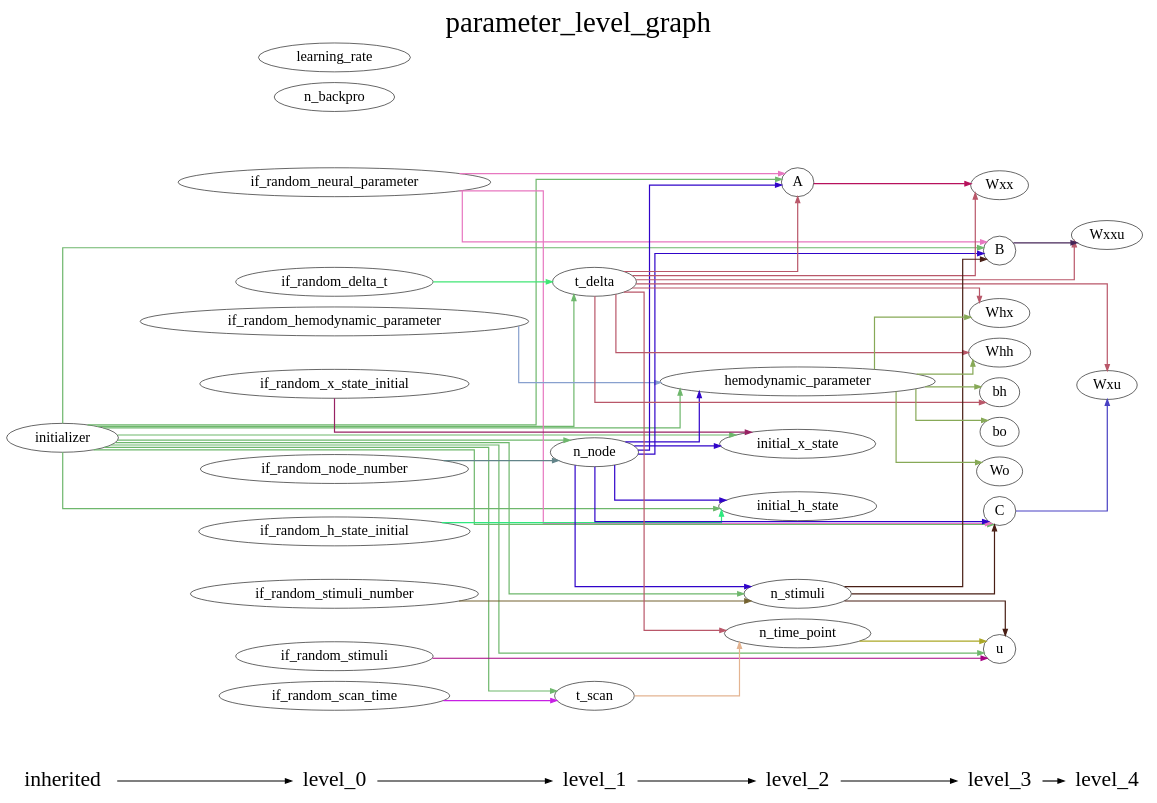
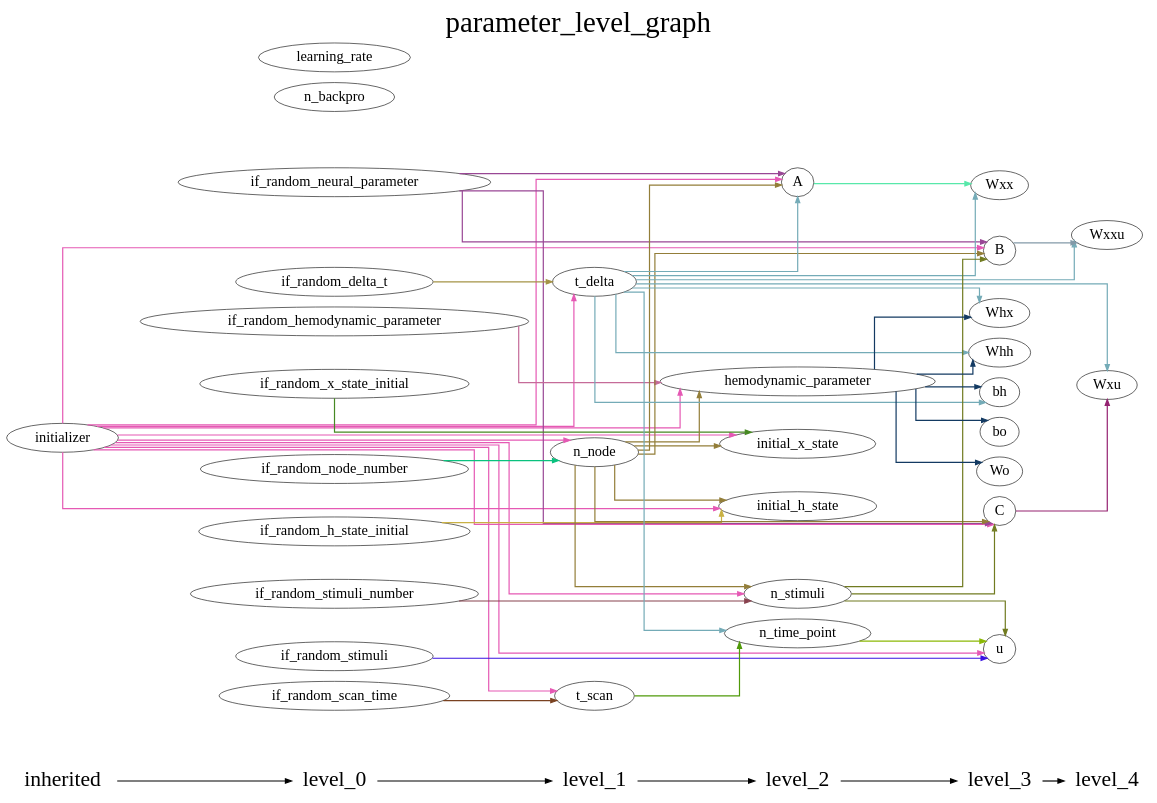
Before and after one commit to YuanWangOnward/DCM_RNN: the diagram in DCM_RNN/documents/parameter_level_graph.gv, drawn with Graphviz. The commit also changed 3 other files, not shown here.

```diff
--- a/DCM_RNN/documents/parameter_level_graph.gv
+++ b/DCM_RNN/documents/parameter_level_graph.gv
@@ -1,118 +1,118 @@
 digraph G {
           splines=ortho;
           fontsize = 48;
           rankdir = "LR";
           node[fontsize=24];
           edge[penwidth=2];
           {
           node [shape=plaintext fontsize=36];
           inherited -> 
           level_0 -> 
           level_1 -> 
           level_2 -> 
           level_3 -> 
           level_4
           }
           {rank = same;
           inherited;
           initializer;
           }
           {rank = same;
           level_0;
           if_random_neural_parameter;
           if_random_hemodynamic_parameter;
           if_random_x_state_initial;
           if_random_h_state_initial;
           if_random_stimuli;
           if_random_node_number;
           if_random_stimuli_number;
           if_random_delta_t;
           if_random_scan_time;
           n_backpro;
           learning_rate;
           }
           {rank = same;
           level_1;
           n_node;
           t_delta;
           t_scan;
           }
           {rank = same;
           level_2;
           n_time_point;
           n_stimuli;
           A;
           hemodynamic_parameter;
           initial_x_state;
           initial_h_state;
           }
           {rank = same;
           level_3;
           u;
           B;
           C;
           Wxx;
           Whx;
           Whh;
           bh;
           Wo;
           bo;
           }
           {rank = same;
           level_4;
           Wxxu;
           Wxu;
           }
-          initializer -> n_node [color="#6EB76C"];
-          initializer -> A [color="#6EB76C"];
-          initializer -> initial_x_state [color="#6EB76C"];
-          initializer -> B [color="#6EB76C"];
-          initializer -> n_stimuli [color="#6EB76C"];
-          initializer -> hemodynamic_parameter [color="#6EB76C"];
-          initializer -> C [color="#6EB76C"];
-          initializer -> t_scan [color="#6EB76C"];
-          initializer -> t_delta [color="#6EB76C"];
-          initializer -> initial_h_state [color="#6EB76C"];
-          initializer -> u [color="#6EB76C"];
-          if_random_h_state_initial -> initial_h_state [color="#2EE87E"];
-          if_random_node_number -> n_node [color="#628489"];
-          n_node -> A [color="#3004C9"];
-          n_node -> initial_x_state [color="#3004C9"];
-          n_node -> B [color="#3004C9"];
-          n_node -> n_stimuli [color="#3004C9"];
-          n_node -> hemodynamic_parameter [color="#3004C9"];
-          n_node -> C [color="#3004C9"];
-          n_node -> initial_h_state [color="#3004C9"];
-          t_scan -> n_time_point [color="#E4B491"];
-          A -> Wxx [color="#B7115C"];
-          t_delta -> Whh [color="#B95769"];
-          t_delta -> A [color="#B95769"];
-          t_delta -> Wxxu [color="#B95769"];
-          t_delta -> Whx [color="#B95769"];
-          t_delta -> bh [color="#B95769"];
-          t_delta -> n_time_point [color="#B95769"];
-          t_delta -> Wxx [color="#B95769"];
-          t_delta -> Wxu [color="#B95769"];
-          if_random_x_state_initial -> initial_x_state [color="#972263"];
-          if_random_delta_t -> t_delta [color="#41E675"];
-          if_random_scan_time -> t_scan [color="#C720E4"];
-          C -> Wxu [color="#4840C3"];
-          B -> Wxxu [color="#462658"];
-          if_random_neural_parameter -> A [color="#E777C0"];
-          if_random_neural_parameter -> B [color="#E777C0"];
-          if_random_neural_parameter -> C [color="#E777C0"];
-          if_random_hemodynamic_parameter -> hemodynamic_parameter [color="#88A0CE"];
-          if_random_stimuli_number -> n_stimuli [color="#746330"];
-          if_random_stimuli -> u [color="#A60283"];
-          n_stimuli -> B [color="#481E14"];
-          n_stimuli -> C [color="#481E14"];
-          n_stimuli -> u [color="#481E14"];
-          hemodynamic_parameter -> Whh [color="#87A957"];
-          hemodynamic_parameter -> Whx [color="#87A957"];
-          hemodynamic_parameter -> bh [color="#87A957"];
-          hemodynamic_parameter -> bo [color="#87A957"];
-          hemodynamic_parameter -> Wo [color="#87A957"];
-          n_time_point -> u [color="#ABA726"];
+          if_random_stimuli_number -> n_stimuli [color="#88424E"];
+          if_random_x_state_initial -> initial_x_state [color="#478923"];
+          t_delta -> Wxx [color="#74ABB7"];
+          t_delta -> A [color="#74ABB7"];
+          t_delta -> bh [color="#74ABB7"];
+          t_delta -> Wxxu [color="#74ABB7"];
+          t_delta -> Whh [color="#74ABB7"];
+          t_delta -> Wxu [color="#74ABB7"];
+          t_delta -> Whx [color="#74ABB7"];
+          t_delta -> n_time_point [color="#74ABB7"];
+          if_random_h_state_initial -> initial_h_state [color="#C9B144"];
+          if_random_hemodynamic_parameter -> hemodynamic_parameter [color="#C56B99"];
+          if_random_stimuli -> u [color="#3912E2"];
+          n_stimuli -> B [color="#717B21"];
+          n_stimuli -> u [color="#717B21"];
+          n_stimuli -> C [color="#717B21"];
+          if_random_neural_parameter -> A [color="#994795"];
+          if_random_neural_parameter -> B [color="#994795"];
+          if_random_neural_parameter -> C [color="#994795"];
+          t_scan -> n_time_point [color="#509A0A"];
+          B -> Wxxu [color="#839AA8"];
+          n_node -> initial_x_state [color="#937E39"];
+          n_node -> A [color="#937E39"];
+          n_node -> hemodynamic_parameter [color="#937E39"];
+          n_node -> n_stimuli [color="#937E39"];
+          n_node -> initial_h_state [color="#937E39"];
+          n_node -> B [color="#937E39"];
+          n_node -> C [color="#937E39"];
+          if_random_delta_t -> t_delta [color="#A49346"];
+          initializer -> initial_x_state [color="#E559B4"];
+          initializer -> A [color="#E559B4"];
+          initializer -> t_delta [color="#E559B4"];
+          initializer -> hemodynamic_parameter [color="#E559B4"];
+          initializer -> n_stimuli [color="#E559B4"];
+          initializer -> initial_h_state [color="#E559B4"];
+          initializer -> n_node [color="#E559B4"];
+          initializer -> B [color="#E559B4"];
+          initializer -> u [color="#E559B4"];
+          initializer -> t_scan [color="#E559B4"];
+          initializer -> C [color="#E559B4"];
+          if_random_scan_time -> t_scan [color="#7A4221"];
+          hemodynamic_parameter -> Wo [color="#133A62"];
+          hemodynamic_parameter -> bh [color="#133A62"];
+          hemodynamic_parameter -> bo [color="#133A62"];
+          hemodynamic_parameter -> Whh [color="#133A62"];
+          hemodynamic_parameter -> Whx [color="#133A62"];
+          A -> Wxx [color="#58E8AA"];
+          C -> Wxu [color="#952271"];
+          if_random_node_number -> n_node [color="#09C17E"];
+          n_time_point -> u [color="#8BB806"];
           labelloc = "t";
           label = "parameter_level_graph";
 }
```
